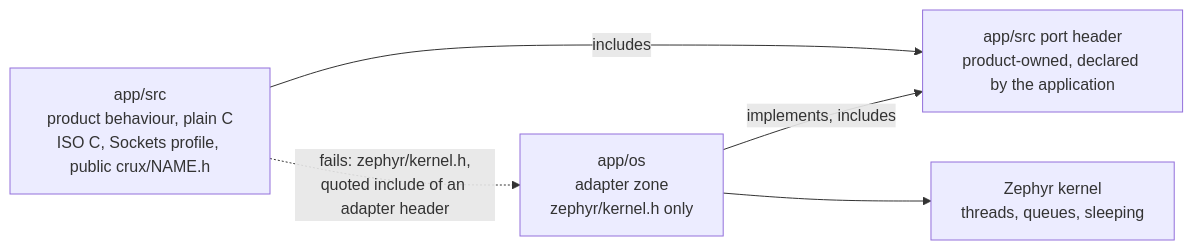
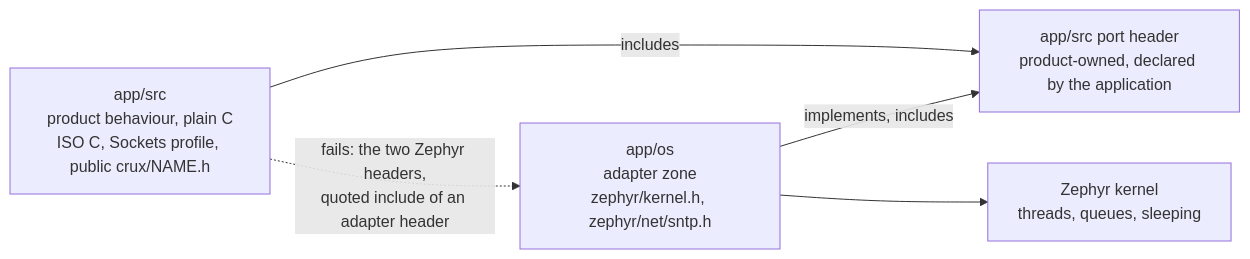
The second of 2 diagrams in docs/composition-zone.md (wonny-labs/crux-controller), drawn with Mermaid before and after one commit. The commit also changed other lines of this file and 3 other files, not shown here.

First line of the commit message:
docs: record the SNTP header in the adapter zone allow-list

````diff
--- a/docs/composition-zone.md
+++ b/docs/composition-zone.md
@@ -88,11 +88,11 @@
 ```mermaid
 flowchart LR
     SRC["app/src<br/>product behaviour, plain C<br/>ISO C, Sockets profile, public crux/NAME.h"]
     PORT["app/src port header<br/>product-owned, declared by the application"]
-    OS["app/os<br/>adapter zone<br/>zephyr/kernel.h only"]
+    OS["app/os<br/>adapter zone<br/>zephyr/kernel.h, zephyr/net/sntp.h"]
     KERNEL["Zephyr kernel<br/>threads, queues, sleeping"]
     SRC -->|includes| PORT
     OS -->|implements, includes| PORT
     OS --> KERNEL
-    SRC -. "fails: zephyr/kernel.h,<br/>quoted include of an adapter header" .-> OS
+    SRC -. "fails: the two Zephyr headers,<br/>quoted include of an adapter header" .-> OS
 ```
````
